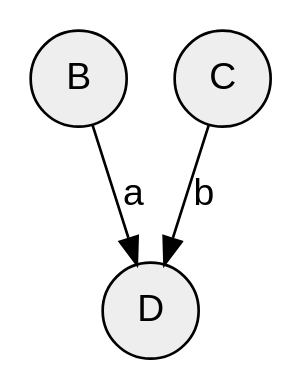
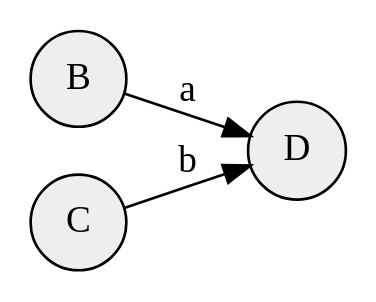
The diagram in output/dot/notebook4.dot (reina-m/Stage), drawn with Graphviz before and after one commit. The commit also changed 42 other files, not shown here.

Commit message:
feat(pos): use graphviz positions in json outputs

```diff
--- a/output/dot/notebook4.dot
+++ b/output/dot/notebook4.dot
@@ -1,10 +1,28 @@
 digraph Notebook {
-    rankdir="TB";
-    node [shape=circle, style=filled, fillcolor="#eeeeee", fontname="Helvetica"];
-    edge [fontname="Helvetica"];
-    "cell_0" [label="B", shape="circle", fillcolor="#eeeeee"];
-    "cell_1" [label="C", shape="circle", fillcolor="#eeeeee"];
-    "cell_2" [label="D", shape="circle", fillcolor="#eeeeee"];
-    "cell_0" -> "cell_2" [label="a"];
-    "cell_1" -> "cell_2" [label="b"];
+	graph [bb="0,0,114.75,90",
+		rankdir=LR
+	];
+	node [fillcolor="#eeeeee",
+		label="\N",
+		shape=circle,
+		style=filled
+	];
+	cell_0	[height=0.5,
+		label=B,
+		pos="18,72",
+		width=0.5];
+	cell_2	[height=0.5,
+		label=D,
+		pos="96.75,45",
+		width=0.5];
+	cell_0 -> cell_2	[label=a,
+		lp="57.375,67.56",
+		pos="e,79.232,50.811 35.277,66.274 44.979,62.861 57.541,58.442 68.699,54.516"];
+	cell_1	[height=0.5,
+		label=C,
+		pos="18,18",
+		width=0.5];
+	cell_1 -> cell_2	[label=b,
+		lp="57.375,40.56",
+		pos="e,79.232,39.189 35.277,23.726 44.979,27.139 57.541,31.558 68.699,35.484"];
 }
```
